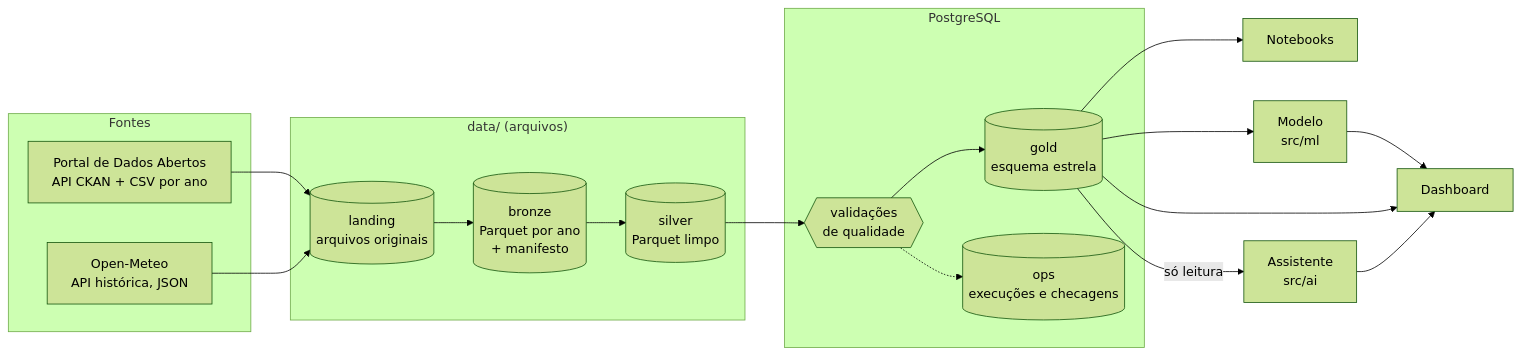
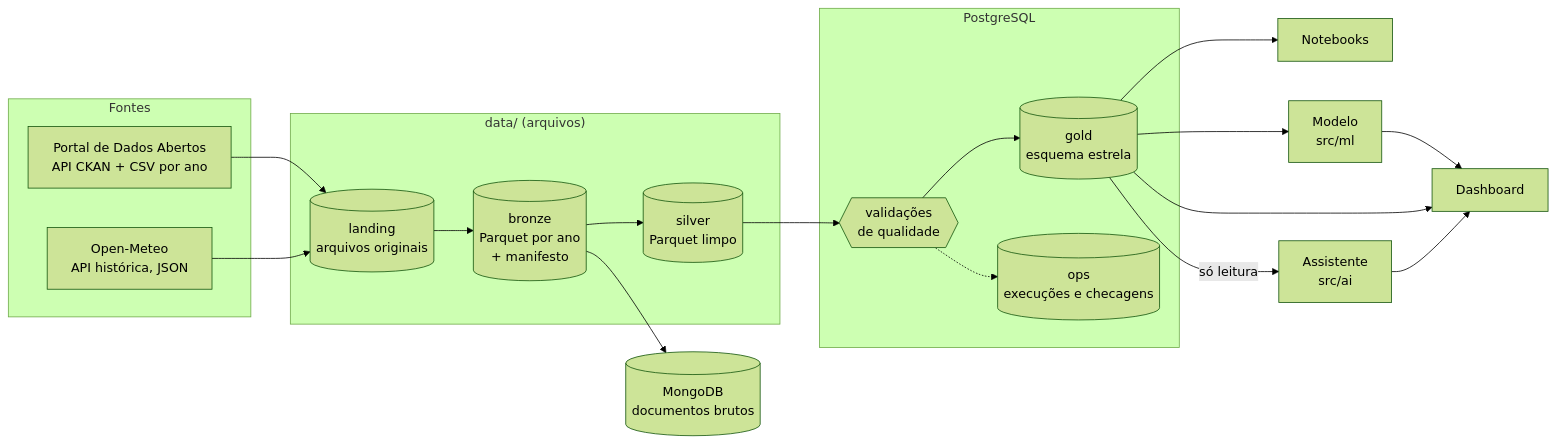
The first of 2 diagrams in docs/architecture.md (nogsposito/recife-156), drawn with Mermaid (forest theme) before and after one commit. The commit also changed other lines of this file and 20 other files, not shown here.

````diff
--- a/docs/architecture.md
+++ b/docs/architecture.md
@@ -5,27 +5,28 @@
 ```mermaid
 flowchart LR
     subgraph Fontes
         A[Portal de Dados Abertos<br/>API CKAN + CSV por ano]
         W[Open-Meteo<br/>API histórica, JSON]
     end
     subgraph Lake["data/ (arquivos)"]
         L[(landing<br/>arquivos originais)]
         B[(bronze<br/>Parquet por ano<br/>+ manifesto)]
         S[(silver<br/>Parquet limpo)]
     end
     subgraph Banco["PostgreSQL"]
         Q{{validações<br/>de qualidade}}
         G[(gold<br/>esquema estrela)]
         O[(ops<br/>execuções e checagens)]
     end
     A --> L
     W --> L
     L --> B --> S --> Q --> G
     Q -.-> O
+    B --> MG[(MongoDB<br/>documentos brutos)]
     G --> N[Notebooks]
     G --> M[Modelo<br/>src/ml]
     M --> D[Dashboard]
     G --> D
     G -->|só leitura| AI[Assistente<br/>src/ai]
     AI --> D
 ```
````
